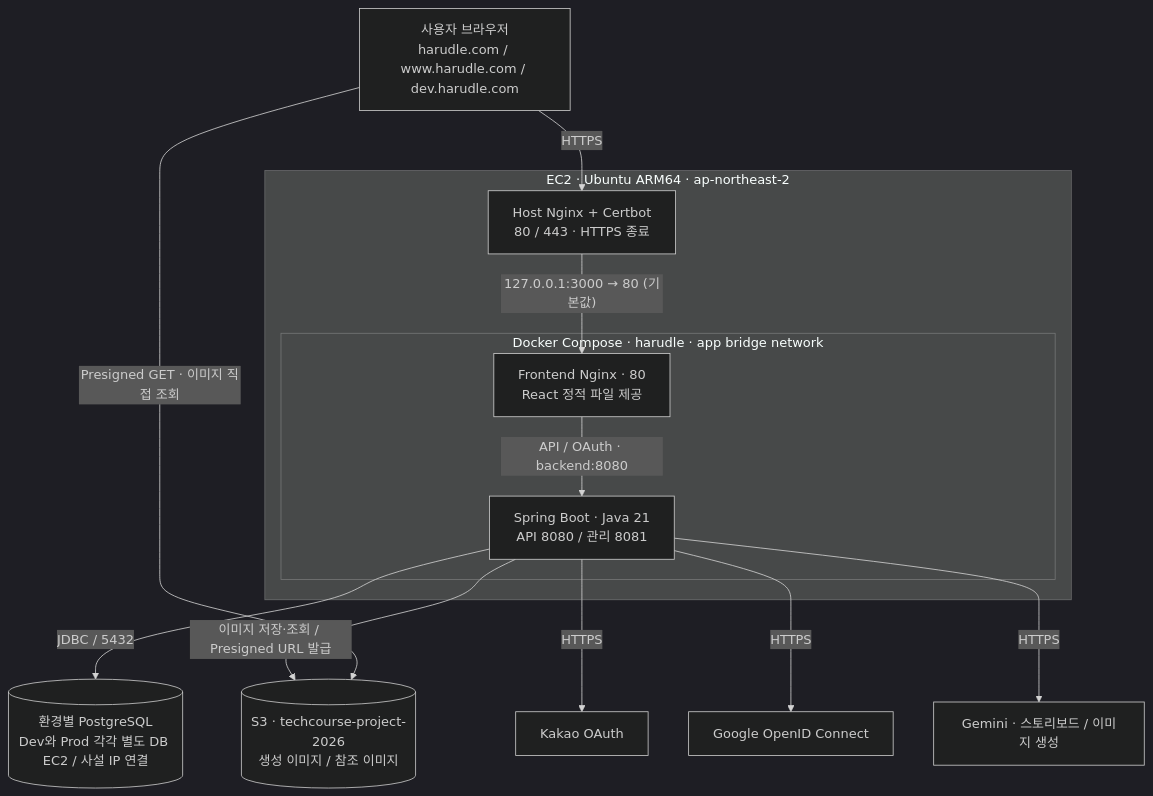
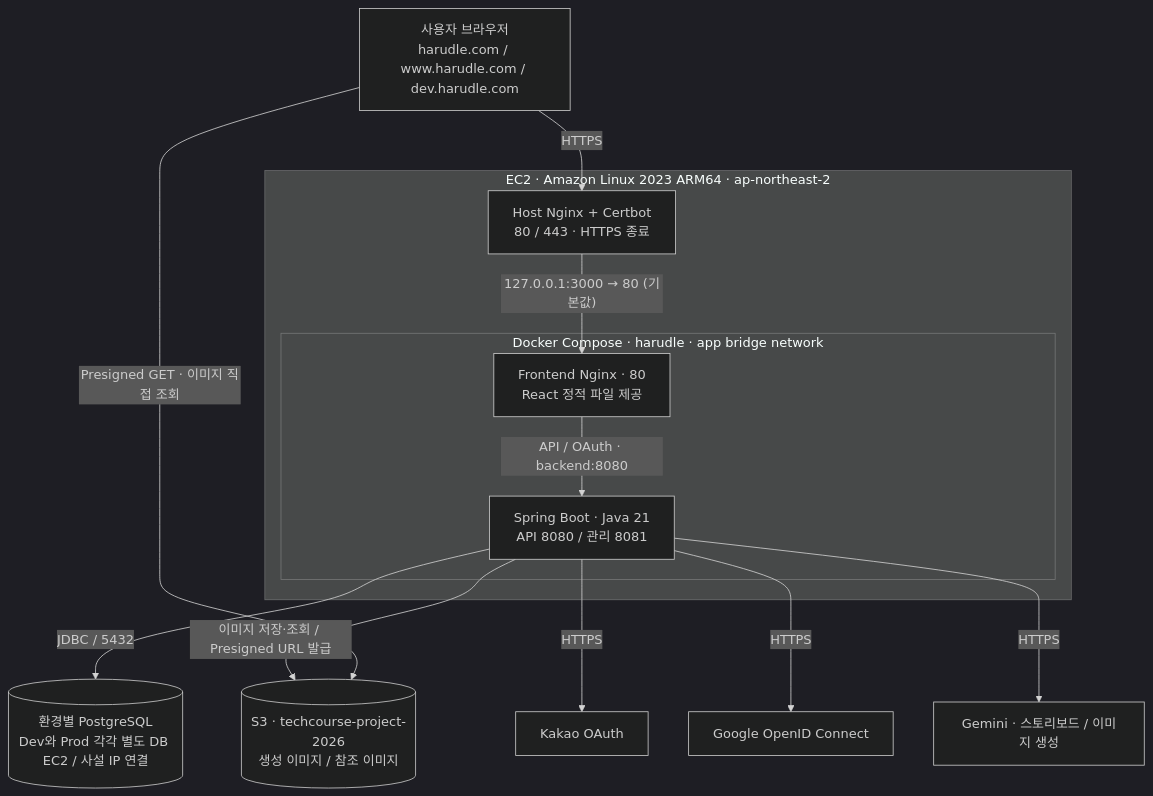
The first of 2 diagrams in AGENTS.md (woowacourse-teams/2026-Harudle), drawn with Mermaid (dark theme) before and after one commit. The commit also changed other lines of this file and 3 other files, not shown here.

Commit message:
docs(BE): Amazon Linux 2023 서버 교체에 맞춰 인프라 정보 갱신

````diff
--- a/AGENTS.md
+++ b/AGENTS.md
@@ -15,30 +17,30 @@
 ```mermaid
 flowchart TB
     browser["사용자 브라우저<br/>harudle.com / www.harudle.com / dev.harudle.com"]
 
-    subgraph ec2["EC2 · Ubuntu ARM64 · ap-northeast-2"]
+    subgraph ec2["EC2 · Amazon Linux 2023 ARM64 · ap-northeast-2"]
         host["Host Nginx + Certbot<br/>80 / 443 · HTTPS 종료"]
 
         subgraph docker["Docker Compose · harudle · app bridge network"]
             frontend["Frontend Nginx · 80<br/>React 정적 파일 제공"]
             backend["Spring Boot · Java 21<br/>API 8080 / 관리 8081"]
         end
 
         host -->|"127.0.0.1:3000 → 80 (기본값)"| frontend
         frontend -->|"API / OAuth · backend:8080"| backend
     end
 
     db[("환경별 PostgreSQL<br/>Dev와 Prod 각각 별도 DB EC2 / 사설 IP 연결")]
     s3[("S3 · techcourse-project-2026<br/>생성 이미지 / 참조 이미지")]
     kakao["Kakao OAuth"]
     google["Google OpenID Connect"]
     gemini["Gemini · 스토리보드 / 이미지 생성"]
 
     browser -->|"HTTPS"| host
     backend -->|"JDBC / 5432"| db
     backend -->|"이미지 저장·조회 / Presigned URL 발급"| s3
     browser -->|"Presigned GET · 이미지 직접 조회"| s3
     backend -->|"HTTPS"| kakao
     backend -->|"HTTPS"| google
     backend -->|"HTTPS"| gemini
 ```
````
